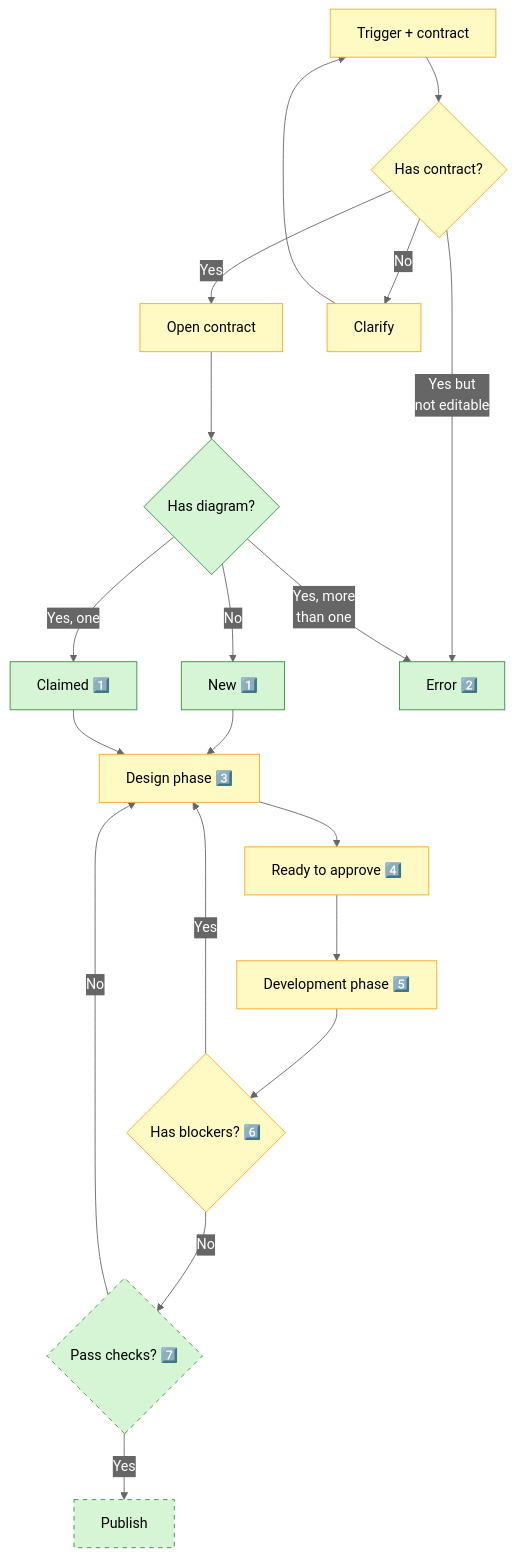
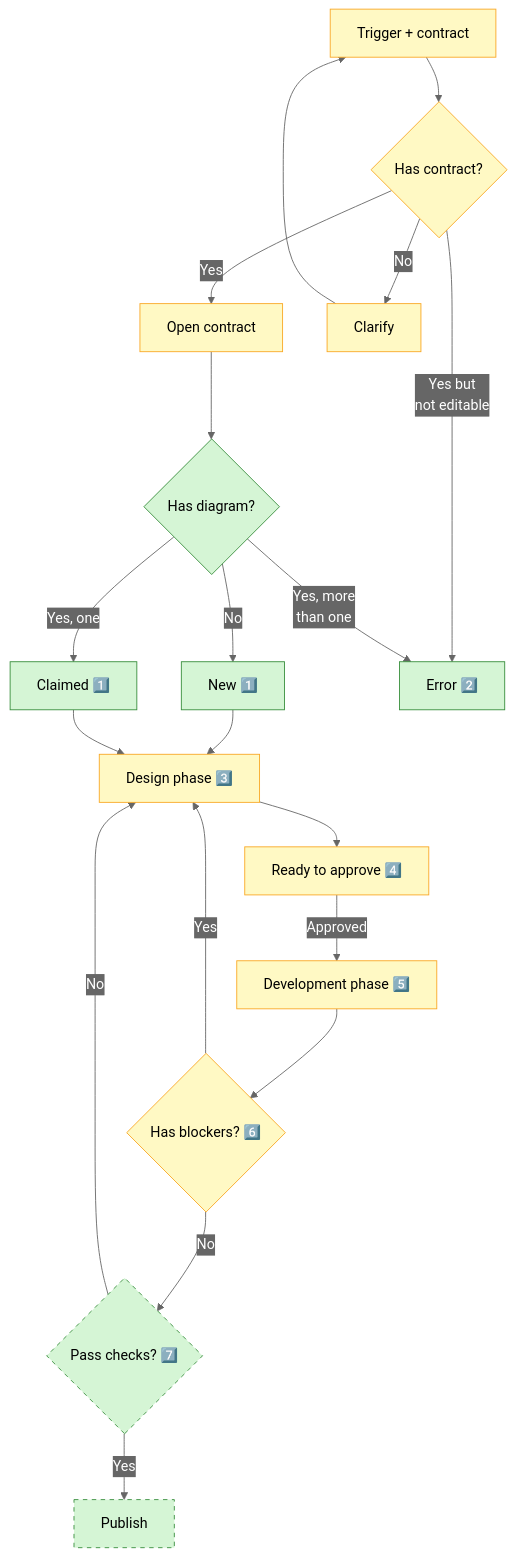
Before and after one commit to nonlinear/skills: the diagram in contract-diagram/SKILL.md, drawn with Mermaid.

Commit message:
Add 'Approved' label to SIGNOFF → DEVELOPMENT arrow

````diff
--- a/contract-diagram/SKILL.md
+++ b/contract-diagram/SKILL.md
@@ -28,51 +28,51 @@
 ```mermaid
 %%{init: {'theme':'base','themeVariables':{"primaryColor":"#4A90E2","primaryTextColor":"#fff","primaryBorderColor":"#2E5C8A","lineColor":"#666","secondaryColor":"#50E3C2","tertiaryColor":"#FFD700","edgeLabelBackground":"#666"},'flowchart':{"nodeSpacing":50,"rankSpacing":50,"padding":15,"curve":"basis"}}}%%
 flowchart TD
     TRIGGER["Trigger + contract"]
     CHECK_CONTRACT{"Has contract?"}
     OPEN["Open contract"]
     CLARIFY["Clarify"]
     CHECK_DIAGRAM{"Has diagram?"}
     CREATE["New 1️⃣"]
     CLAIM["Claimed 1️⃣"]
     ERROR["Error 2️⃣"]
     
     DESIGN["Design phase 3️⃣"]
     SIGNOFF["Ready to approve 4️⃣"]
     DEVELOPMENT["Development phase 5️⃣"]
     BLOCKERS{"Has blockers? 6️⃣"}
     TESTS{"Pass checks? 7️⃣"}
     PUBLISH["Publish"]
     
     TRIGGER --> CHECK_CONTRACT
     CHECK_CONTRACT -->|Yes| OPEN
     CHECK_CONTRACT -->|Yes but<br/>not editable| ERROR
     CHECK_CONTRACT -->|No| CLARIFY
     CLARIFY --> TRIGGER
     
     OPEN --> CHECK_DIAGRAM
     CHECK_DIAGRAM -->|Yes, more<br/>than one| ERROR
     CHECK_DIAGRAM -->|Yes, one| CLAIM
     CHECK_DIAGRAM -->|No| CREATE
     
     CREATE --> DESIGN
     CLAIM --> DESIGN
     DESIGN --> SIGNOFF
-    SIGNOFF --> DEVELOPMENT
+    SIGNOFF -->|Approved| DEVELOPMENT
     DEVELOPMENT --> BLOCKERS
     BLOCKERS -->|Yes| DESIGN
     BLOCKERS -->|No| TESTS
     TESTS -->|Yes| PUBLISH
     TESTS -->|No| DESIGN
     
     classDef default fill:#e0e0e0,stroke:#666,color:#000
     classDef approved fill:#FFF9C4,stroke:#F9A825,color:#000
     classDef developed fill:#D5F5D5,stroke:#388E3C,color:#000
     classDef blocker fill:#FFCDD2,stroke:#D32F2F,color:#000
     classDef developed-notes fill:#E3F2FD,stroke:#1976D2,color:#000
     classDef outside-system fill:#D5F5D5,stroke:#388E3C,stroke-dasharray:5 5,color:#000
     
     class TRIGGER,CHECK_CONTRACT,OPEN,CLARIFY,DESIGN,SIGNOFF,DEVELOPMENT,BLOCKERS approved
     class CHECK_DIAGRAM,CREATE,CLAIM,ERROR developed
     class PUBLISH,TESTS outside-system
 ```
````
